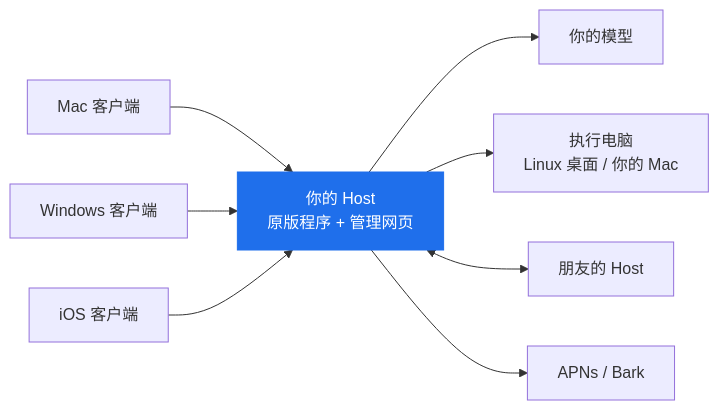
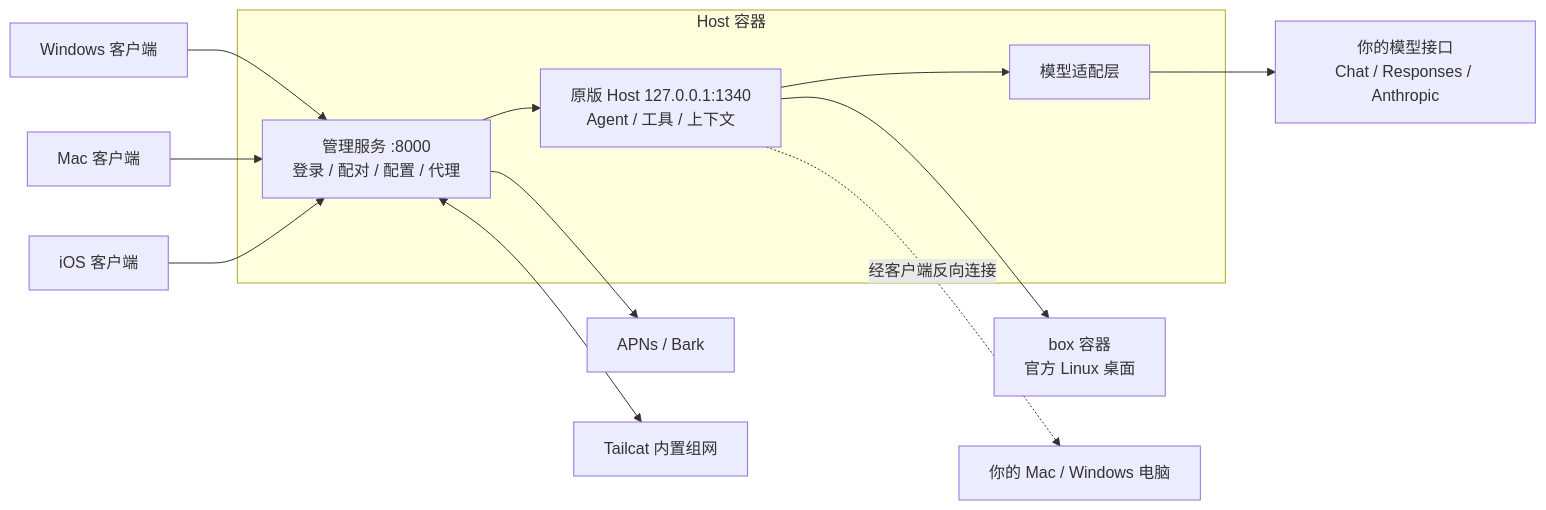
Before and after one commit to ferretgeek/prokbot-plus: the diagram in docs/ARCHITECTURE.md, drawn with Mermaid. The commit also changed other lines of this file and 30 other files, not shown here.

````diff
--- a/docs/ARCHITECTURE.md
+++ b/docs/ARCHITECTURE.md
@@ -13,12 +17,15 @@
 ```mermaid
 flowchart LR
-  Mac[Mac 客户端] --> Host
-  Win[Windows 客户端] --> Host
-  iOS[iOS 客户端] --> Host
-  Host[你的 Host<br/>原版程序 + 管理网页] --> Model[你的模型]
-  Host --> Box[执行电脑<br/>Linux 桌面 / 你的 Mac]
-  Host <--> Friend[朋友的 Host]
-  Host --> Push[APNs / Bark]
-  classDef own fill:#1f6feb,stroke:#1f6feb,color:#ffffff
-  class Host own
+  Win[Windows 客户端] --> Admin
+  Mac[Mac 客户端] --> Admin
+  iOS[iOS 客户端] --> Admin
+  subgraph Host 容器
+    Admin[管理服务 :8000<br/>登录 / 配对 / 配置 / 代理] --> Core[原版 Host 127.0.0.1:1340<br/>Agent / 工具 / 上下文]
+    Core --> Adapter[模型适配层]
+  end
+  Adapter --> Model[你的模型接口<br/>Chat / Responses / Anthropic]
+  Core --> Box[box 容器<br/>官方 Linux 桌面]
+  Core -.经客户端反向连接.-> PC[你的 Mac / Windows 电脑]
+  Admin --> Push[APNs / Bark]
+  Admin <--> Tailcat[Tailcat 内置组网]
 ```
````
